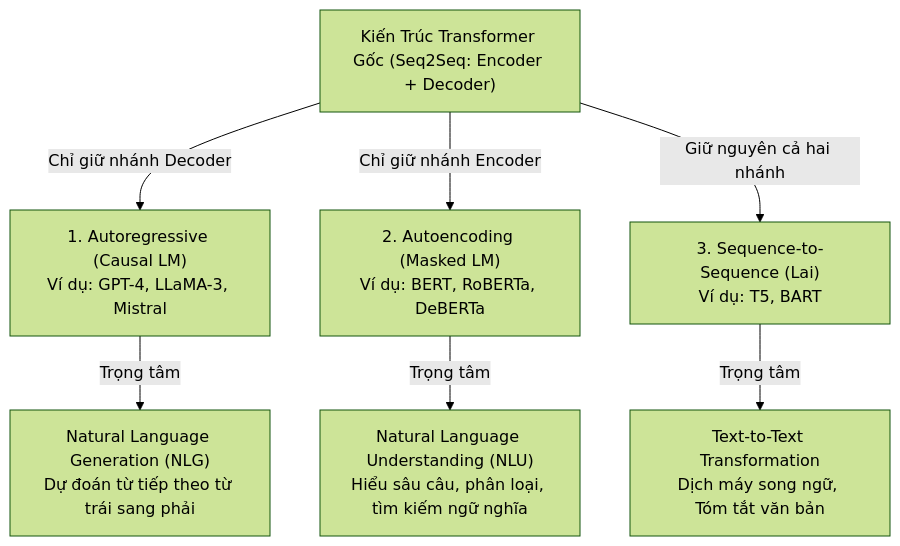
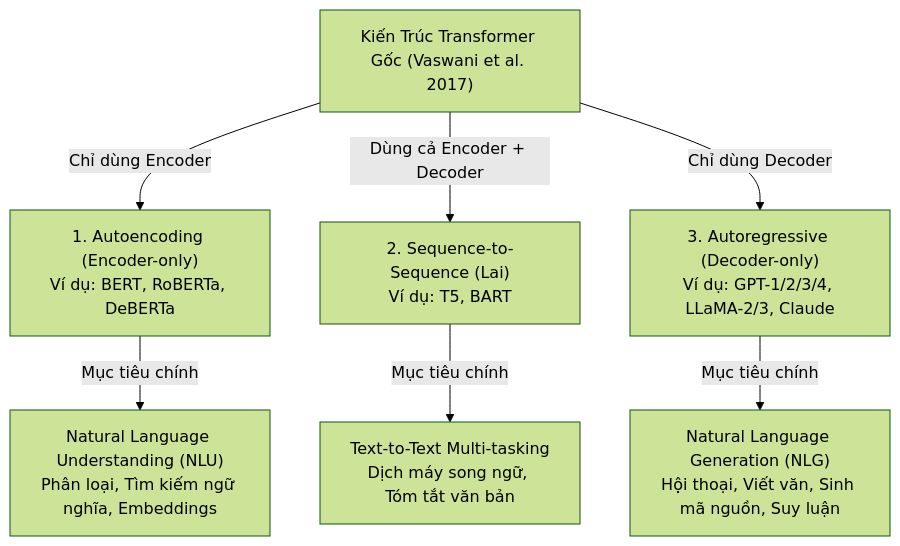
One commit to LeNguyenHaiDuong/agent_course changed the fourth of 14 diagrams in 01-research-and-foundations/llm-internals/what_are_large_language_models.md. Above: the diagram before and after it, drawn with Mermaid (forest theme). The commit also changed other lines of this file and 1 other file, not shown here.

````diff
--- a/01-research-and-foundations/llm-internals/what_are_large_language_models.md
+++ b/01-research-and-foundations/llm-internals/what_are_large_language_models.md
@@ -188,12 +139,12 @@
 ```mermaid
 graph TD
-    TransformerRoot["Kiến Trúc Transformer Gốc (Seq2Seq: Encoder + Decoder)"]
+    TransformerRoot["Kiến Trúc Transformer Gốc (Vaswani et al. 2017)"]
     
-    TransformerRoot -->|"Chỉ giữ nhánh Decoder"| AR["1. Autoregressive (Causal LM)<br>Ví dụ: GPT-4, LLaMA-3, Mistral"]
-    TransformerRoot -->|"Chỉ giữ nhánh Encoder"| AE["2. Autoencoding (Masked LM)<br>Ví dụ: BERT, RoBERTa, DeBERTa"]
-    TransformerRoot -->|"Giữ nguyên cả hai nhánh"| EncDec["3. Sequence-to-Sequence (Lai)<br>Ví dụ: T5, BART"]
+    TransformerRoot -->|"Chỉ dùng Encoder"| AE["1. Autoencoding (Encoder-only)<br>Ví dụ: BERT, RoBERTa, DeBERTa"]
+    TransformerRoot -->|"Dùng cả Encoder + Decoder"| EncDec["2. Sequence-to-Sequence (Lai)<br>Ví dụ: T5, BART"]
+    TransformerRoot -->|"Chỉ dùng Decoder"| AR["3. Autoregressive (Decoder-only)<br>Ví dụ: GPT-1/2/3/4, LLaMA-2/3, Claude"]
 
-    AR -->|"Trọng tâm"| NLG["Natural Language Generation (NLG)<br>Dự đoán từ tiếp theo từ trái sang phải"]
-    AE -->|"Trọng tâm"| NLU["Natural Language Understanding (NLU)<br>Hiểu sâu câu, phân loại, tìm kiếm ngữ nghĩa"]
-    EncDec -->|"Trọng tâm"| Trans["Text-to-Text Transformation<br>Dịch máy song ngữ, Tóm tắt văn bản"]
+    AE -->|"Mục tiêu chính"| NLU["Natural Language Understanding (NLU)<br>Phân loại, Tìm kiếm ngữ nghĩa, Embeddings"]
+    EncDec -->|"Mục tiêu chính"| Text2Text["Text-to-Text Multi-tasking<br>Dịch máy song ngữ, Tóm tắt văn bản"]
+    AR -->|"Mục tiêu chính"| NLG["Natural Language Generation (NLG)<br>Hội thoại, Viết văn, Sinh mã nguồn, Suy luận"]
 ```
````
